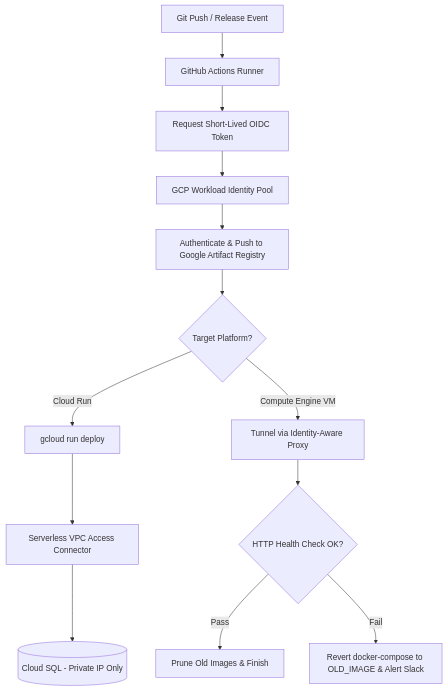
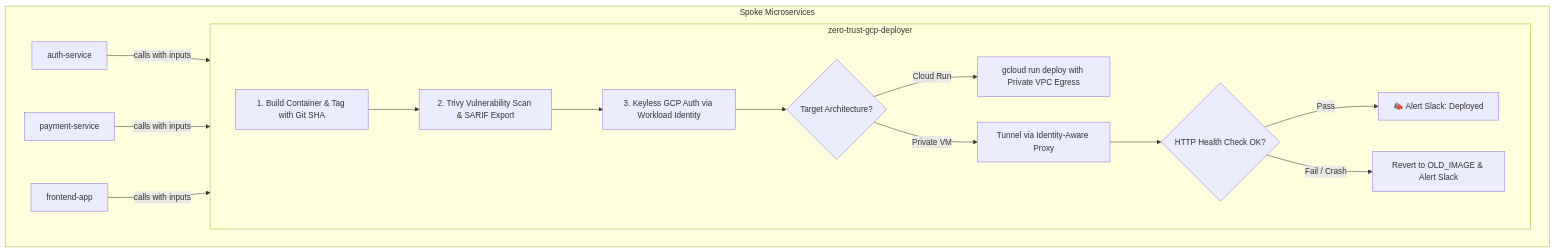
The diagram in README.md (anjali-gambhava/zero-trust-gcp-deployer), drawn with Mermaid before and after one commit. The commit also changed other lines of this file and 2 other files, not shown here.

Commit message:
feat: add Trivy scan gate, Slack notifications, caller workflow example and Hub-and-Spoke docs

````diff
--- a/README.md
+++ b/README.md
@@ -35,18 +16,24 @@
 ```mermaid
 flowchart TD
-    Commit[Git Push / Release Event] --> GH[GitHub Actions Runner]
-    GH --> OIDC[Request Short-Lived OIDC Token]
-    OIDC --> WIF[GCP Workload Identity Pool]
-    WIF --> GAR[Authenticate & Push to Google Artifact Registry]
-    
-    GAR --> Target{Target Platform?}
-    
-    Target -->|Cloud Run| CR[gcloud run deploy]
-    CR --> VPC[Serverless VPC Access Connector]
-    VPC --> PrivateDB[(Cloud SQL - Private IP Only)]
-    
-    Target -->|Compute Engine VM| IAP[Tunnel via Identity-Aware Proxy]
-    IAP --> HealthCheck{HTTP Health Check OK?}
-    HealthCheck -->|Pass| CleanOld[Prune Old Images & Finish]
-    HealthCheck -->|Fail| Rollback[Revert docker-compose to OLD_IMAGE & Alert Slack]
+    subgraph Microservice Repos [Spoke Microservices]
+        MS1[auth-service] -->|calls with inputs| Hub
+        MS2[payment-service] -->|calls with inputs| Hub
+        MS3[frontend-app] -->|calls with inputs| Hub
+    end
+
+    subgraph Hub [zero-trust-gcp-deployer]
+        Build[1. Build Container & Tag with Git SHA]
+        Scan[2. Trivy Vulnerability Scan & SARIF Export]
+        Auth[3. Keyless GCP Auth via Workload Identity]
+        Target{Target Architecture?}
+        
+        Build --> Scan --> Auth --> Target
+        
+        Target -->|Cloud Run| CR[gcloud run deploy with Private VPC Egress]
+        Target -->|Private VM| IAP[Tunnel via Identity-Aware Proxy]
+        
+        IAP --> Health{HTTP Health Check OK?}
+        Health -->|Pass| SlackGreen[📣 Alert Slack: Deployed]
+        Health -->|Fail / Crash| Rollback[Revert to OLD_IMAGE & Alert Slack]
+    end
 ```
````
